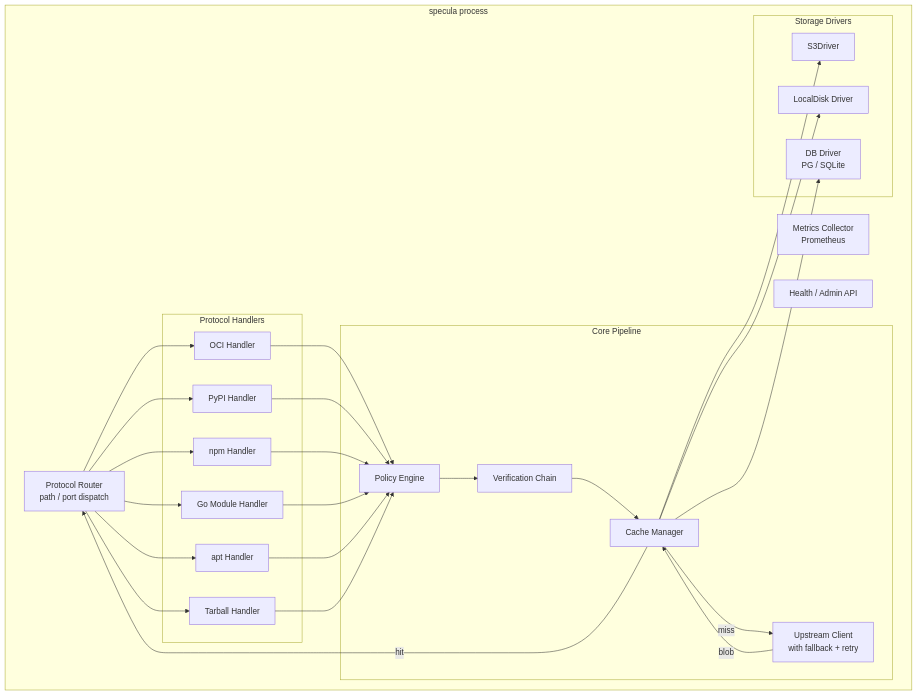
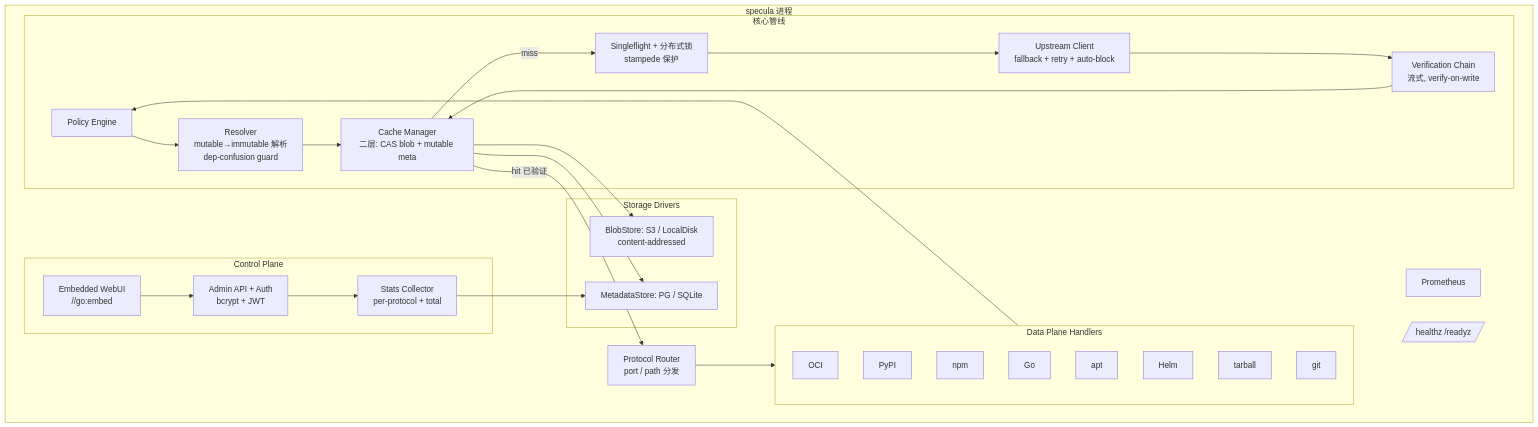
The second of 10 diagrams in docs/ARCHITECTURE.md (ivanzzeth/specula), drawn with Mermaid before and after one commit. The commit also changed other lines of this file and 2 other files, not shown here.

First line of the commit message:
docs: harden Specula design to v0.2 (honest tiered trust model, 8 protocols, two-plane)

````diff
--- a/docs/ARCHITECTURE.md
+++ b/docs/ARCHITECTURE.md
@@ -58,41 +53,35 @@
 ```mermaid
 graph TD
-    subgraph "specula process"
-        router[Protocol Router<br/>path / port dispatch]
-
-        subgraph "Protocol Handlers"
-            oci[OCI Handler]
-            pypi_h[PyPI Handler]
-            npm_h[npm Handler]
-            go_h[Go Module Handler]
-            apt_h[apt Handler]
-            tar_h[Tarball Handler]
+    subgraph proc[specula 进程]
+        router[Protocol Router<br/>port / path 分发]
+        subgraph handlers[Data Plane Handlers]
+            oci[OCI] & pypi[PyPI] & npm[npm] & gomod[Go]
+            apt[apt] & helm[Helm] & tar[tarball] & git[git]
         end
-
-        subgraph "Core Pipeline"
+        subgraph pipeline[核心管线]
             policy[Policy Engine]
-            verify[Verification Chain]
-            cache[Cache Manager]
-            upstream[Upstream Client<br/>with fallback + retry]
+            resolve[Resolver<br/>mutable→immutable 解析<br/>dep-confusion guard]
+            coalesce[Singleflight + 分布式锁<br/>stampede 保护]
+            upstream[Upstream Client<br/>fallback + retry + auto-block]
+            verify[Verification Chain<br/>流式, verify-on-write]
+            cache[Cache Manager<br/>二层: CAS blob + mutable meta]
         end
-
-        subgraph "Storage Drivers"
-            s3[S3Driver]
-            local[LocalDisk Driver]
-            db_driver[DB Driver<br/>PG / SQLite]
+        subgraph stores[Storage Drivers]
+            cas[BlobStore: S3 / LocalDisk<br/>content-addressed] 
+            meta[MetadataStore: PG / SQLite]
         end
-
-        metrics[Metrics Collector<br/>Prometheus]
-        health[Health / Admin API]
+        subgraph ctl[Control Plane]
+            webui[Embedded WebUI<br/>//go:embed]
+            adminapi[Admin API + Auth<br/>bcrypt + JWT]
+            stats[Stats Collector<br/>per-protocol + total]
+        end
+        metrics[Prometheus] & health[/healthz /readyz/]
     end
 
-    router --> oci & pypi_h & npm_h & go_h & apt_h & tar_h
-    oci & pypi_h & npm_h & go_h & apt_h & tar_h --> policy
-    policy --> verify
-    verify --> cache
-    cache -->|hit| router
-    cache -->|miss| upstream
-    upstream -->|blob| cache
-    cache --> s3 & local
-    cache --> db_driver
+    router --> handlers --> policy --> resolve --> cache
+    cache -->|hit 已验证| router
+    cache -->|miss| coalesce --> upstream --> verify --> cache
+    cache --> cas & meta
+    adminapi --> stats --> meta
+    webui --> adminapi
 ```
````
